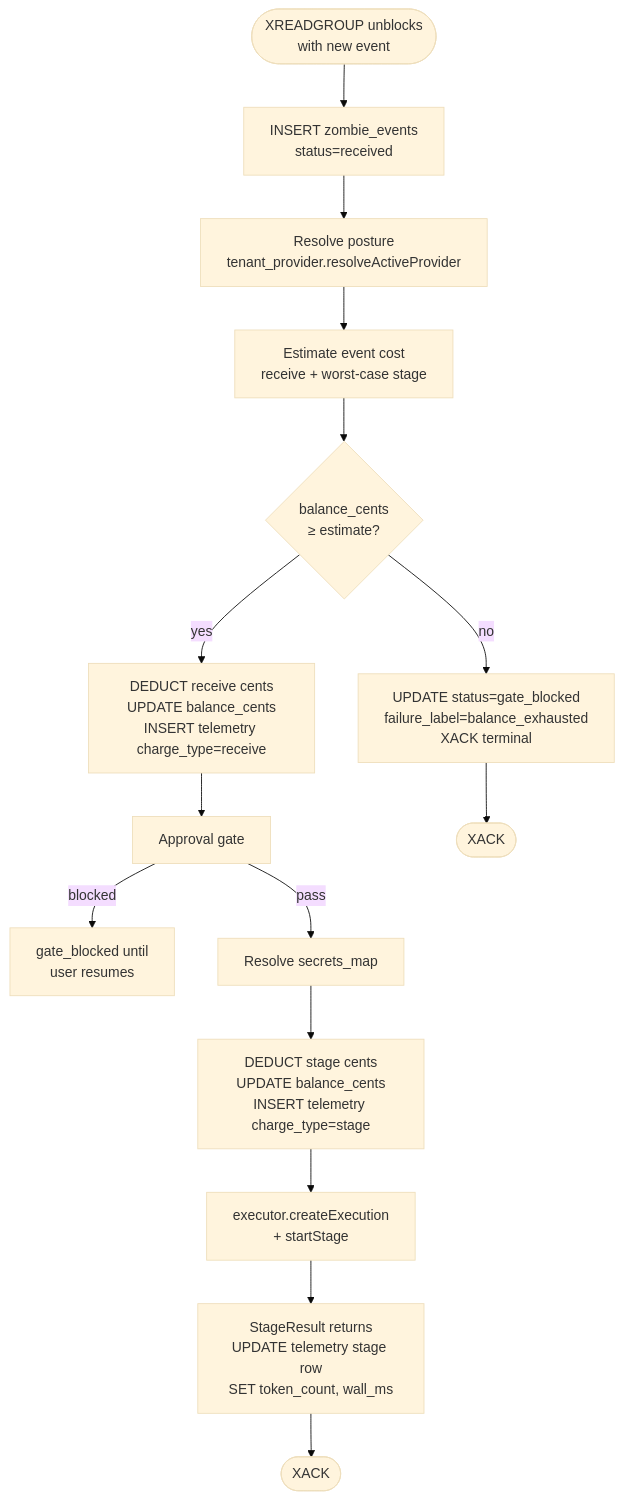
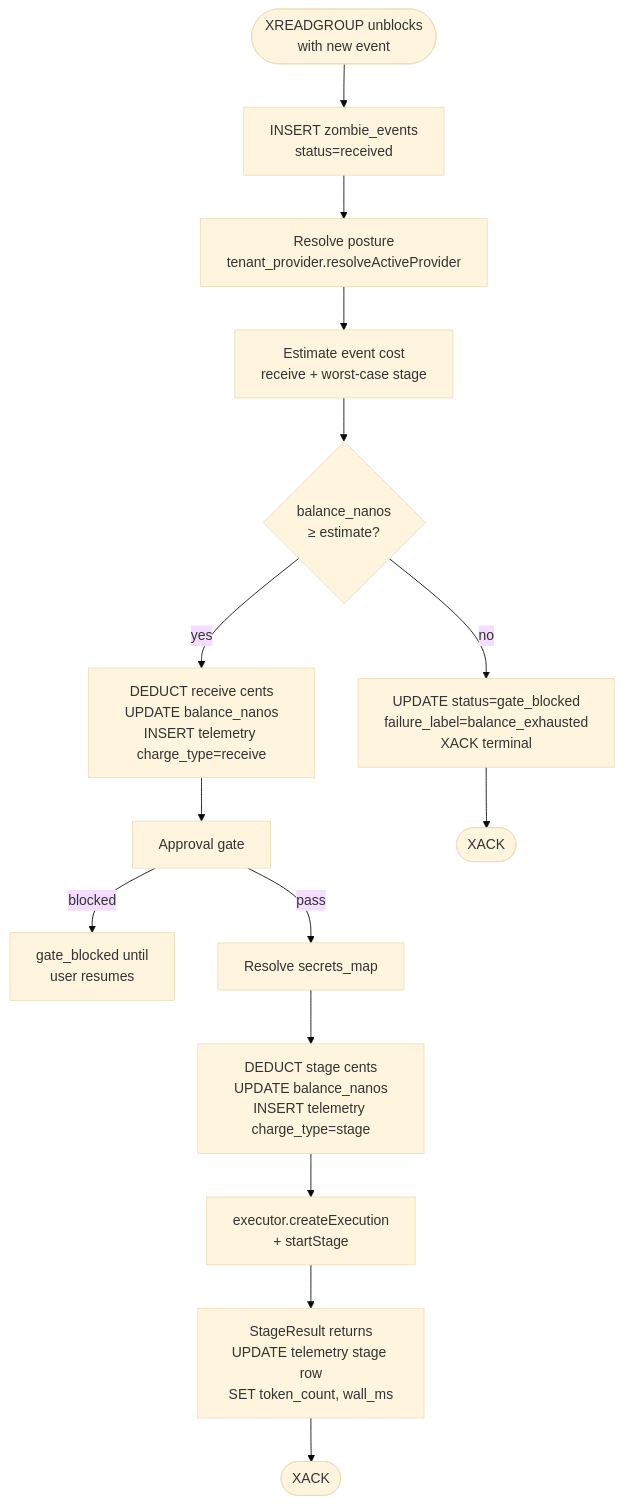
The diagram in docs/architecture/scenarios/03_balance_gate.md (agentsfleet/agentsfleet), drawn with Mermaid (base theme) before and after one commit. The commit also changed other lines of this file and 4 other files, not shown here.

````diff
--- a/docs/architecture/scenarios/03_balance_gate.md
+++ b/docs/architecture/scenarios/03_balance_gate.md
@@ -7,17 +9,17 @@
 ```mermaid
 flowchart TD
     Start([XREADGROUP unblocks<br/>with new event]) --> Insert[INSERT zombie_events<br/>status=received]
     Insert --> Resolve[Resolve posture<br/>tenant_provider.resolveActiveProvider]
     Resolve --> Estimate[Estimate event cost<br/>receive + worst-case stage]
-    Estimate --> Gate{balance_cents<br/>≥ estimate?}
+    Estimate --> Gate{balance_nanos<br/>≥ estimate?}
     Gate -->|no| Block[UPDATE status=gate_blocked<br/>failure_label=balance_exhausted<br/>XACK terminal]
-    Gate -->|yes| RDeduct[DEDUCT receive cents<br/>UPDATE balance_cents<br/>INSERT telemetry charge_type=receive]
+    Gate -->|yes| RDeduct[DEDUCT receive cents<br/>UPDATE balance_nanos<br/>INSERT telemetry charge_type=receive]
     RDeduct --> Approve[Approval gate]
     Approve -->|blocked| Wait[gate_blocked until<br/>user resumes]
     Approve -->|pass| Secrets[Resolve secrets_map]
-    Secrets --> SDeduct[DEDUCT stage cents<br/>UPDATE balance_cents<br/>INSERT telemetry charge_type=stage]
+    Secrets --> SDeduct[DEDUCT stage cents<br/>UPDATE balance_nanos<br/>INSERT telemetry charge_type=stage]
     SDeduct --> Exec[executor.createExecution<br/>+ startStage]
     Exec --> Result[StageResult returns<br/>UPDATE telemetry stage row<br/>SET token_count, wall_ms]
     Result --> End([XACK])
     Block --> EndBlocked([XACK])
 ```
````
